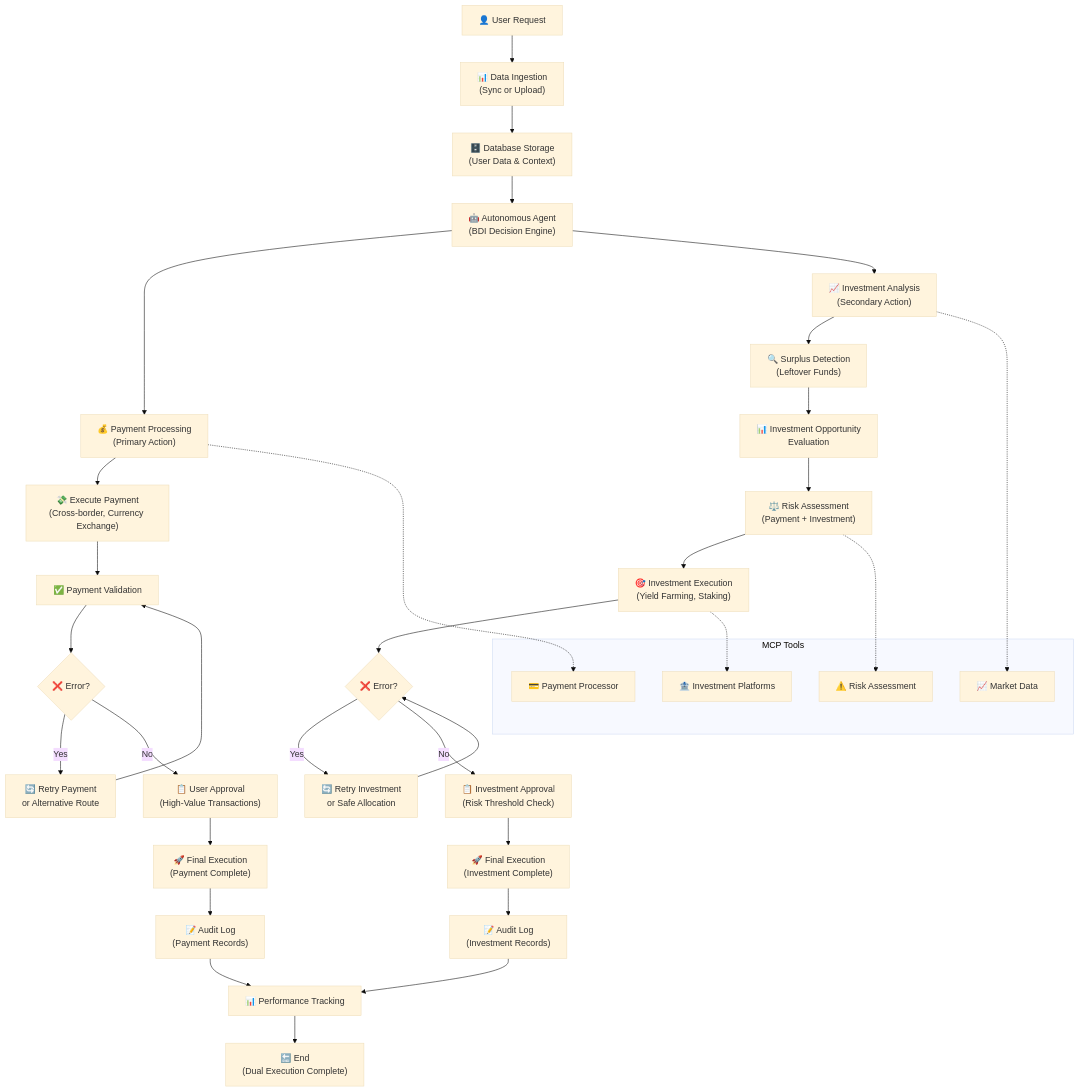
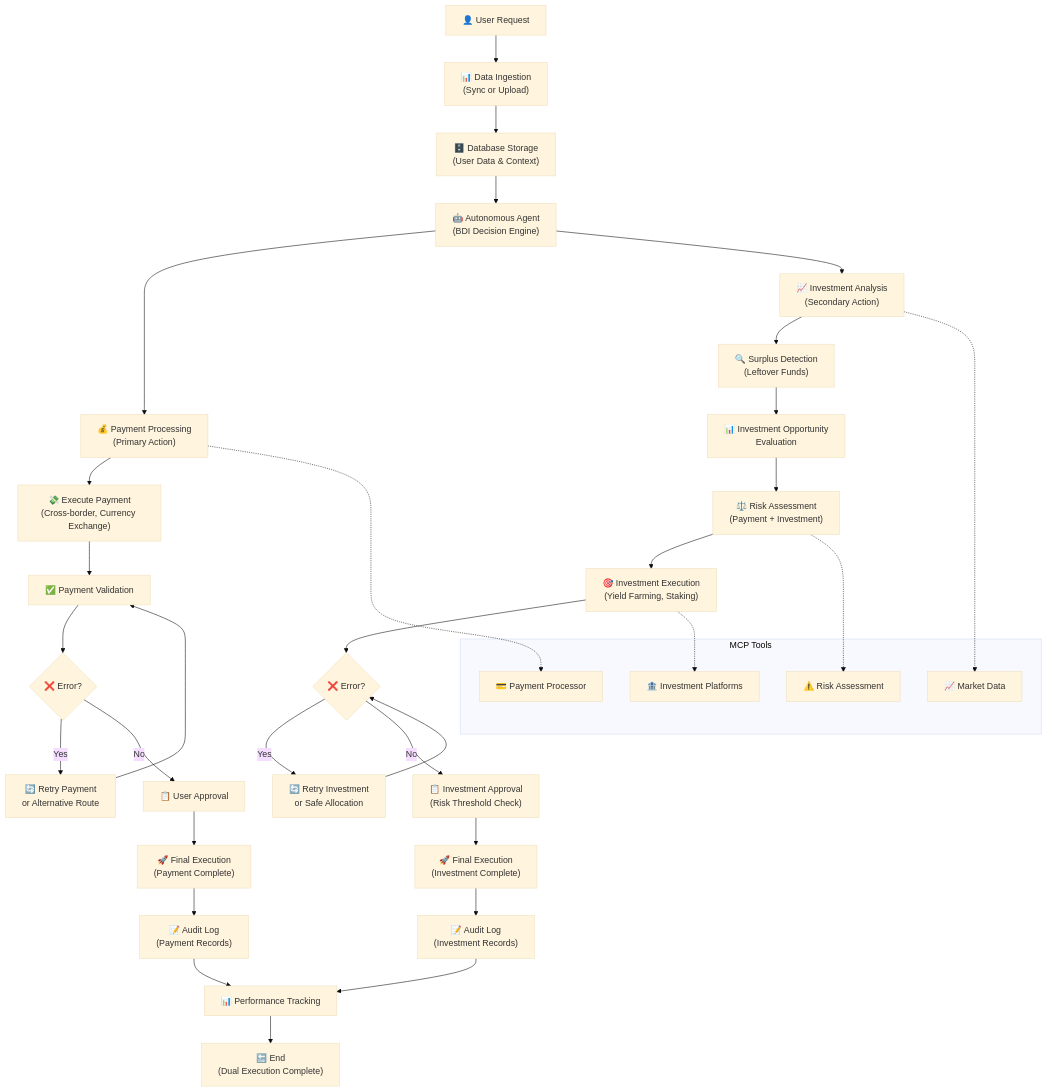
One commit to nxtreasuryorg/Agent changed the diagram in README.md. Above: the diagram before and after it, drawn with Mermaid (base theme). The commit also changed other lines of this file, not shown here.

````diff
--- a/README.md
+++ b/README.md
@@ -15,53 +15,53 @@
 ```mermaid
 graph TD
     A["👤 User Request"] --> B["📊 Data Ingestion<br/>(Sync or Upload)"]
     B --> C["🗄️ Database Storage<br/>(User Data & Context)"]
     C --> D["🤖 Autonomous Agent<br/>(BDI Decision Engine)"]
     
     D --> E["💰 Payment Processing<br/>(Primary Action)"]
     D --> F["📈 Investment Analysis<br/>(Secondary Action)"]
     
     E --> G["💸 Execute Payment<br/>(Cross-border, Currency Exchange)"]
     F --> H["🔍 Surplus Detection<br/>(Leftover Funds)"]
     
     H --> I["📊 Investment Opportunity<br/>Evaluation"]
     I --> J["⚖️ Risk Assessment<br/>(Payment + Investment)"]
     
     G --> K["✅ Payment Validation"]
     J --> L["🎯 Investment Execution<br/>(Yield Farming, Staking)"]
     
     K --> M{"❌ Error?"}
     L --> N{"❌ Error?"}
     
     M -->|Yes| O["🔄 Retry Payment<br/>or Alternative Route"]
     N -->|Yes| P["🔄 Retry Investment<br/>or Safe Allocation"]
     
     O --> K
     P --> N
     
-    M -->|No| Q["📋 User Approval<br/>(High-Value Transactions)"]
+    M -->|No| Q["📋 User Approval<br/>"]
     N -->|No| R["📋 Investment Approval<br/>(Risk Threshold Check)"]
     
     Q --> S["🚀 Final Execution<br/>(Payment Complete)"]
     R --> T["🚀 Final Execution<br/>(Investment Complete)"]
     
     S --> U["📝 Audit Log<br/>(Payment Records)"]
     T --> V["📝 Audit Log<br/>(Investment Records)"]
     
     U --> W["📊 Performance Tracking"]
     V --> W
     
     W --> X["🔚 End<br/>(Dual Execution Complete)"]
     
     subgraph "MCP Tools"
         Y["💳 Payment Processor"]
         Z["📈 Market Data"]
         AA["🏦 Investment Platforms"]
         BB["⚠️ Risk Assessment"]
     end
     
     E -.-> Y
     F -.-> Z
     L -.-> AA
     J -.-> BB
 ```
````
